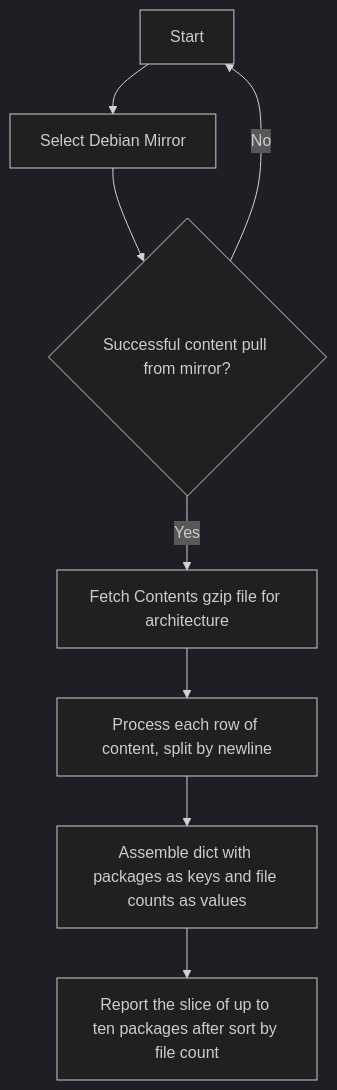
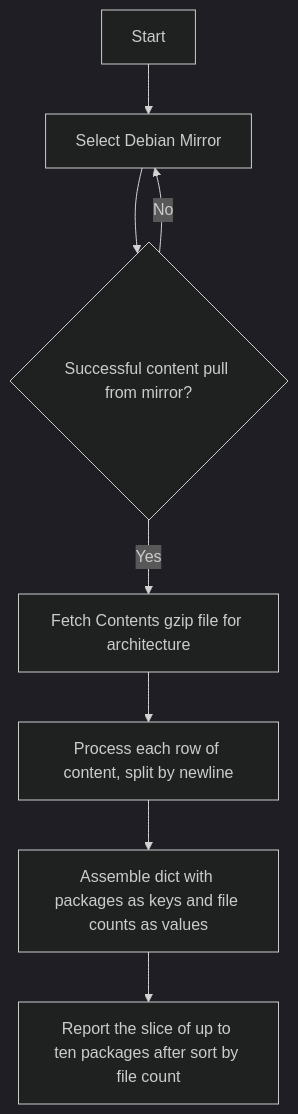
The diagram in README.md (bandarji/bandarji), drawn with Mermaid (dark theme) before and after one commit.

````diff
--- a/README.md
+++ b/README.md
@@ -1,11 +1,11 @@
 ```mermaid
 flowchart TD
     A[Start] --> B[Select Debian Mirror]
     B --> C{Successful content pull from mirror?}
     C -->|Yes| D[Fetch Contents gzip file for architecture]
     D --> E[Process each row of content, split by newline]
     E --> F[Assemble dict with packages as keys and file counts as values]
     F --> G[Report the slice of up to ten packages after sort by file count]
 
-    C -->|No| A[Start]
+    C -->|No| B[Select Debian Mirror]
 ```
````
